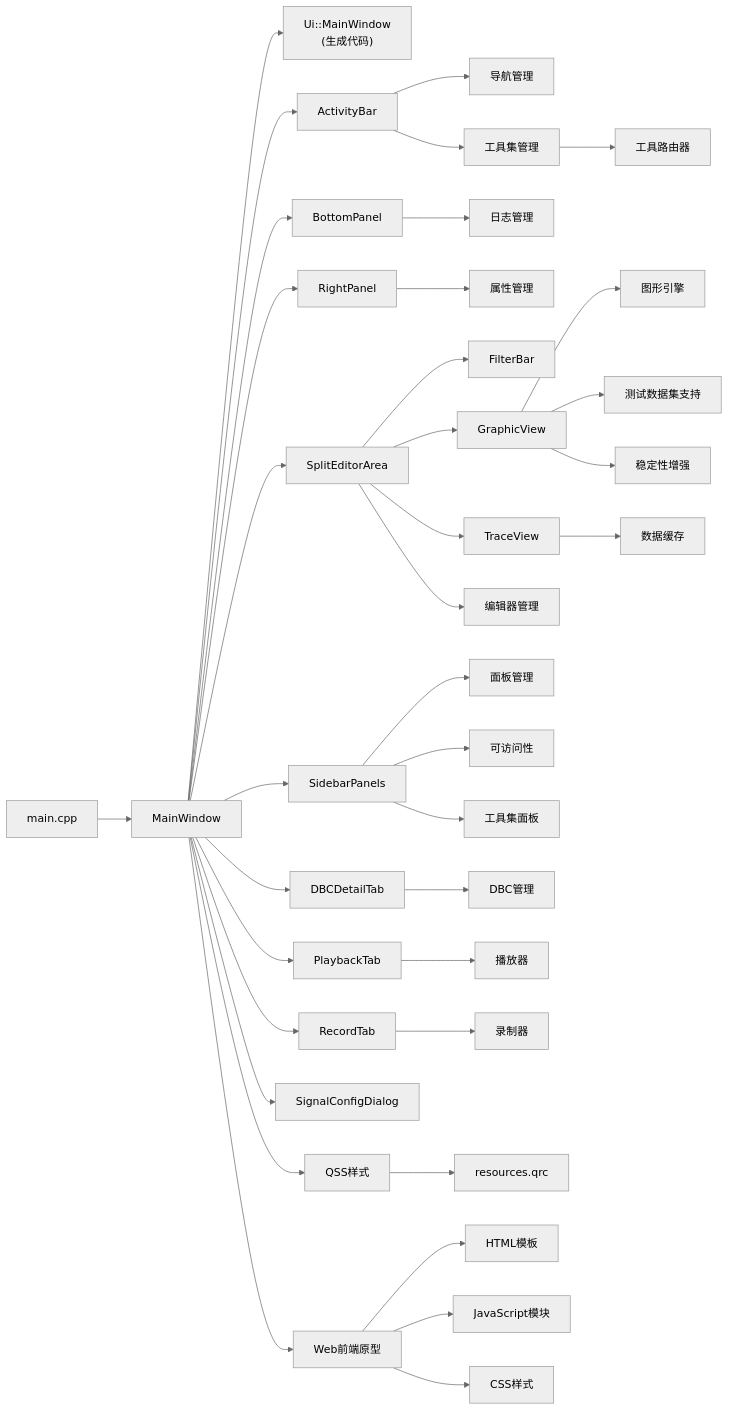
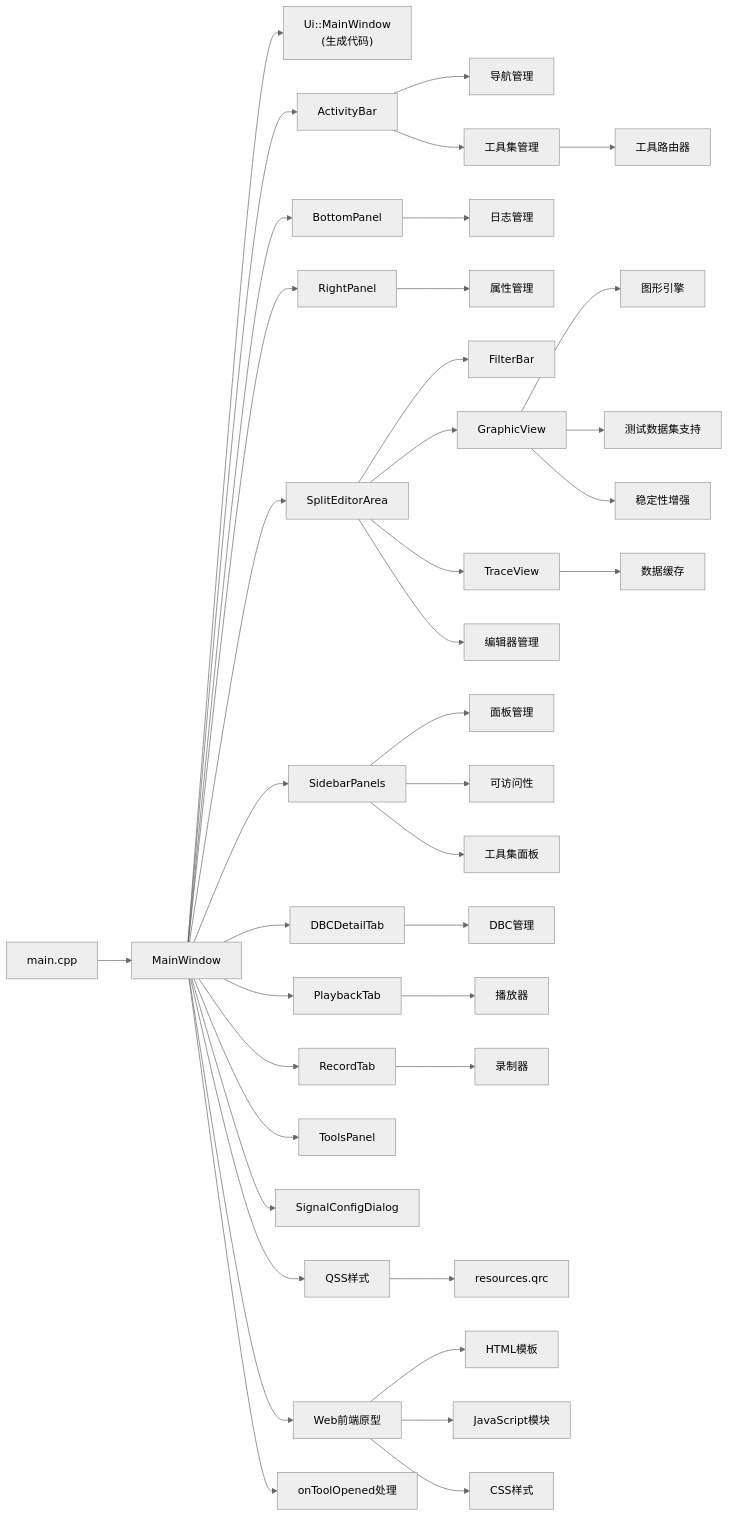
Diagram 19 of 19 in .qoder/repowiki/zh/content/架构设计/UI系统设计/UI系统设计.md (jakecai1225-design/OpenBus), drawn with Mermaid (neutral theme) before and after one commit. The commit also changed other lines of this file and 25 other files, not shown here.

````diff
--- a/.qoder/repowiki/zh/content/架构设计/UI系统设计/UI系统设计.md
+++ b/.qoder/repowiki/zh/content/架构设计/UI系统设计/UI系统设计.md
@@ -1158,39 +1214,41 @@
 ```mermaid
 graph LR
 Main["main.cpp"] --> MW["MainWindow"]
 MW --> UI["Ui::MainWindow<br/>(生成代码)"]
 MW --> AB["ActivityBar"]
 MW --> BP["BottomPanel"]
 MW --> RP["RightPanel"]
 MW --> SEA["SplitEditorArea"]
 MW --> SBP["SidebarPanels"]
 MW --> DBCT["DBCDetailTab"]
 MW --> PB["PlaybackTab"]
 MW --> RT["RecordTab"]
+MW --> TP["ToolsPanel"]
 SEA --> FB["FilterBar"]
 SEA --> GV["GraphicView"]
 SEA --> TV["TraceView"]
 MW --> SCD["SignalConfigDialog"]
 MW --> QSS["QSS样式"]
 QSS --> QRC["resources.qrc"]
 AB --> Navigation["导航管理"]
 BP --> Logging["日志管理"]
 RP --> Properties["属性管理"]
 SEA --> Editors["编辑器管理"]
 SBP --> Panels["面板管理"]
 DBCT --> DBC["DBC管理"]
 PB --> Player["播放器"]
 RT --> Recorder["录制器"]
 MW --> Web["Web前端原型"]
 Web --> HTML["HTML模板"]
 Web --> JS["JavaScript模块"]
 Web --> CSS["CSS样式"]
 GV --> Graphics["图形引擎"]
 GV --> TestData["测试数据集支持"]
 TV --> DataCache["数据缓存"]
 SBP --> Accessibility["可访问性"]
 GV --> Stability["稳定性增强"]
 AB --> Tools["工具集管理"]
 SBP --> ToolsPanel["工具集面板"]
 Tools --> ToolRouter["工具路由器"]
+MW --> ToolHandler["onToolOpened处理"]
 ```
````
